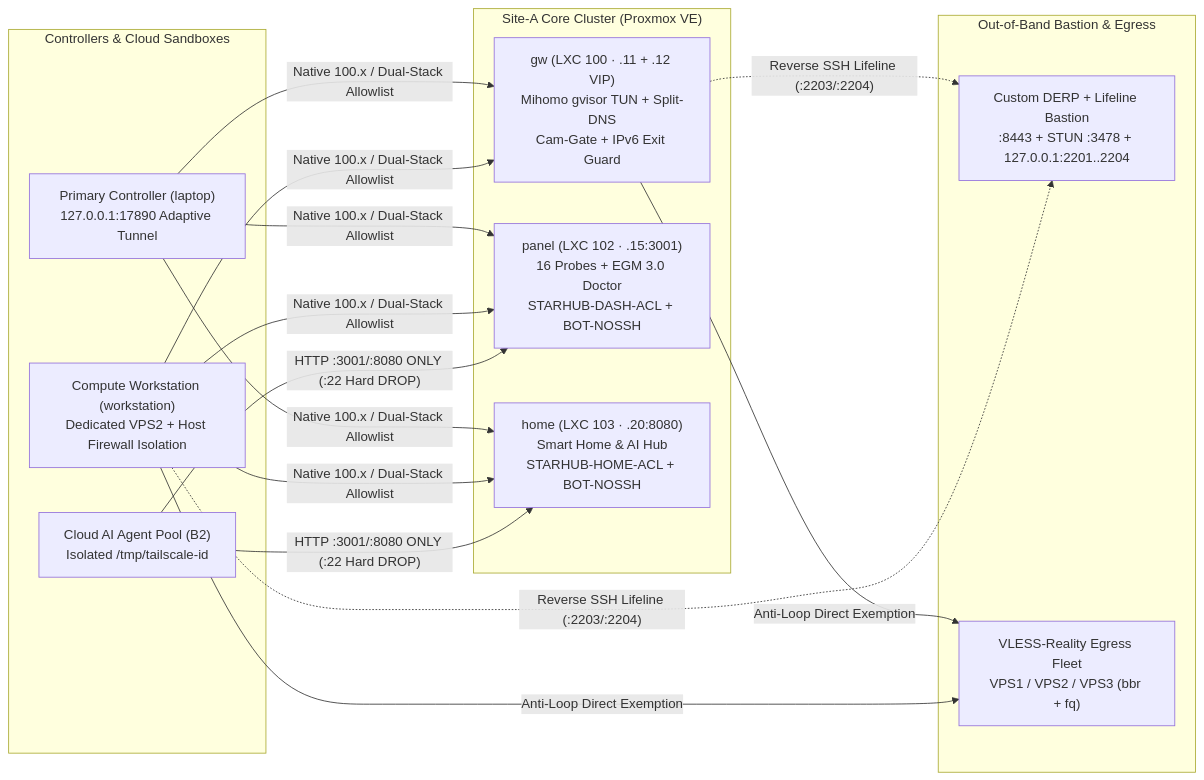
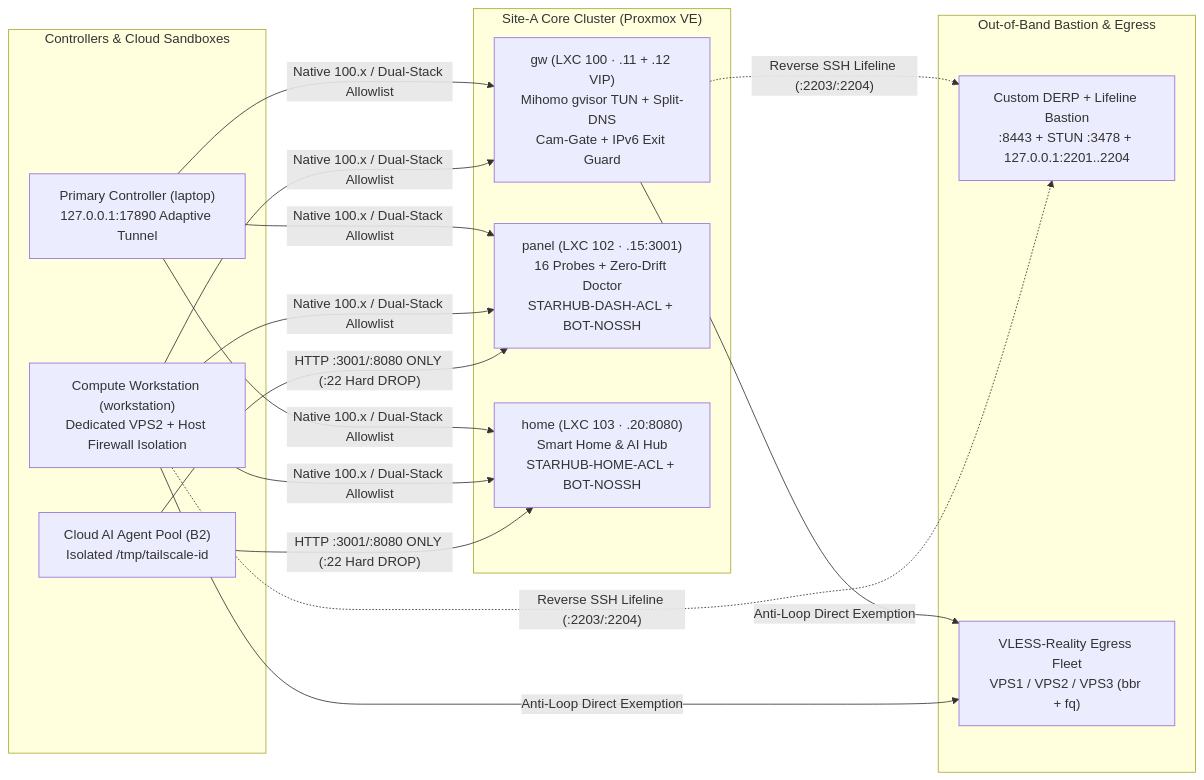
The diagram in README.md (Ziqi/starhub-kit), drawn with Mermaid before and after one commit. The commit also changed other lines of this file and 18 other files, not shown here.

````diff
--- a/README.md
+++ b/README.md
@@ -35,24 +44,24 @@
 ```mermaid
 flowchart LR
     subgraph Controllers["Controllers & Cloud Sandboxes"]
         LAP["Primary Controller (laptop)<br/>127.0.0.1:17890 Adaptive Tunnel"]
         WS["Compute Workstation (workstation)<br/>Dedicated VPS2 + Host Firewall Isolation"]
         BOT["Cloud AI Agent Pool (B2)<br/>Isolated /tmp/tailscale-id"]
     end
 
     subgraph Core["Site-A Core Cluster (Proxmox VE)"]
         GW["gw (LXC 100 · .11 + .12 VIP)<br/>Mihomo gvisor TUN + Split-DNS<br/>Cam-Gate + IPv6 Exit Guard"]
-        PAN["panel (LXC 102 · .15:3001)<br/>16 Probes + EGM 3.0 Doctor<br/>STARHUB-DASH-ACL + BOT-NOSSH"]
+        PAN["panel (LXC 102 · .15:3001)<br/>16 Probes + Zero-Drift Doctor<br/>STARHUB-DASH-ACL + BOT-NOSSH"]
         HOM["home (LXC 103 · .20:8080)<br/>Smart Home & AI Hub<br/>STARHUB-HOME-ACL + BOT-NOSSH"]
     end
 
     subgraph Relay["Out-of-Band Bastion & Egress"]
         DERP["Custom DERP + Lifeline Bastion<br/>:8443 + STUN :3478 + 127.0.0.1:2201..2204"]
         VPS["VLESS-Reality Egress Fleet<br/>VPS1 / VPS2 / VPS3 (bbr + fq)"]
     end
 
     LAP & WS -->|"Native 100.x / Dual-Stack Allowlist"| GW & PAN & HOM
     BOT -->|"HTTP :3001/:8080 ONLY (:22 Hard DROP)"| PAN & HOM
     GW & WS -->|"Anti-Loop Direct Exemption"| VPS
     GW & WS -.->|"Reverse SSH Lifeline (:2203/:2204)"| DERP
 ```
````
